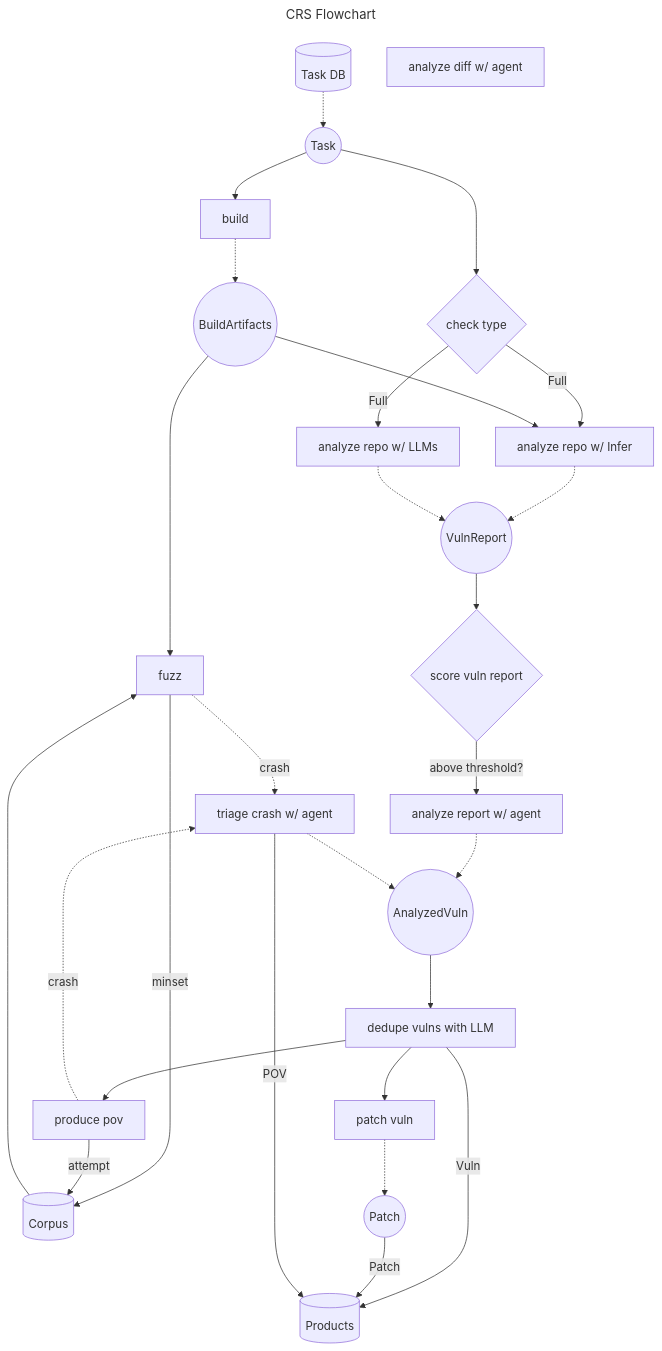
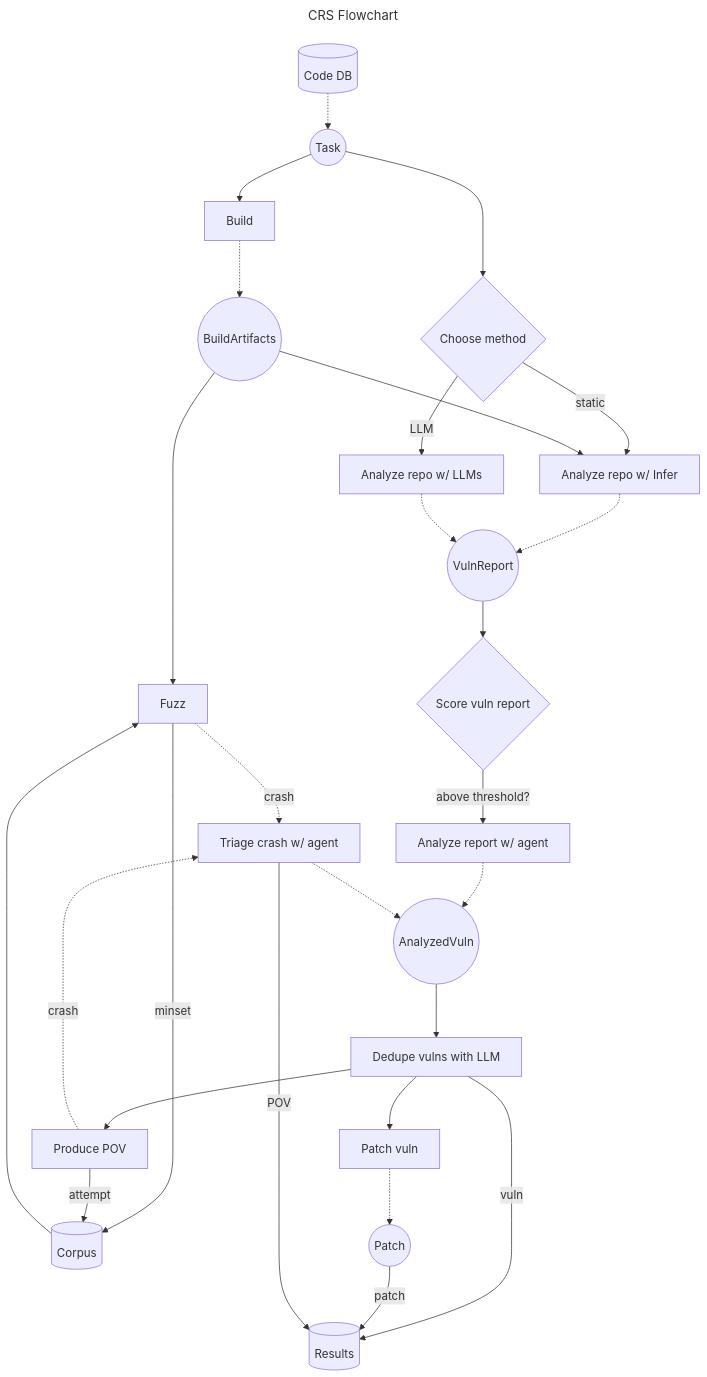
The diagram in chart.md (gguimoon/mynodejsapp), drawn with Mermaid before and after one commit.

````diff
--- a/chart.md
+++ b/chart.md
@@ -3,63 +3,62 @@
 ```mermaid
 ---
 title: CRS Flowchart
 ---
 graph TD
     %% DBs
-    TaskDB[(Task DB)]
+    TaskDB[(Code DB)]
     Corpus[(Corpus)]
-    Products[(Products)]
+    Products[(Results)]
 
     %% Data types
     Task((Task))
     Artifacts((BuildArtifacts))
     VulnReport((VulnReport))
     AnalyzedVuln((AnalyzedVuln))
     Patch((Patch))
 
 
     %% Processes
-    Build[build]
-    Fuzz[fuzz]
-    Type{check type}
-    Infer[analyze repo w/ Infer]
-    AInalyze[analyze repo w/ LLMs]
-    Diff[analyze diff w/ agent]
-    Score{score vuln report}
-    VulnAnalyze[analyze report w/ agent]
-    POVProduce[produce pov]
-    GenPatch[patch vuln]
-    LLMTriage[triage crash w/ agent]
+    Build[Build]
+    Fuzz[Fuzz]
+    Type{Choose method}
+    Infer[Analyze repo w/ Infer]
+    AInalyze[Analyze repo w/ LLMs]
+    Score{Score vuln report}
+    VulnAnalyze[Analyze report w/ agent]
+    POVProduce[Produce POV]
+    GenPatch[Patch vuln]
+    LLMTriage[Triage crash w/ agent]
 
-    DedupeVuln[dedupe vulns with LLM]
+    DedupeVuln[Dedupe vulns with LLM]
 
     %% Edges
     TaskDB -.-> Task
     Task --> Build -.-> Artifacts
 
     Fuzz -- minset --> Corpus
     Fuzz -. crash .-> LLMTriage
 
-    Task --> Type -- Full --> Infer -.-> VulnReport
-             Type -- Full --> AInalyze -.-> VulnReport
+    Task --> Type -- static --> Infer -.-> VulnReport
+             Type -- LLM --> AInalyze -.-> VulnReport
 
     Artifacts --> Fuzz
     Artifacts --> Infer
 
     VulnReport --> Score -- above threshold? --> VulnAnalyze -.-> AnalyzedVuln
 
     AnalyzedVuln --> DedupeVuln
 
     DedupeVuln --> POVProduce -- attempt --> Corpus
                    POVProduce -. crash .-> LLMTriage
-    DedupeVuln -- Vuln --> Products
+    DedupeVuln -- vuln --> Products
     DedupeVuln --> GenPatch -.-> Patch
 
     LLMTriage -.-> AnalyzedVuln
 
 
     Corpus --> Fuzz
 
-    Patch -- Patch --> Products
+    Patch -- patch --> Products
     LLMTriage -- POV --> Products
 ```
````
